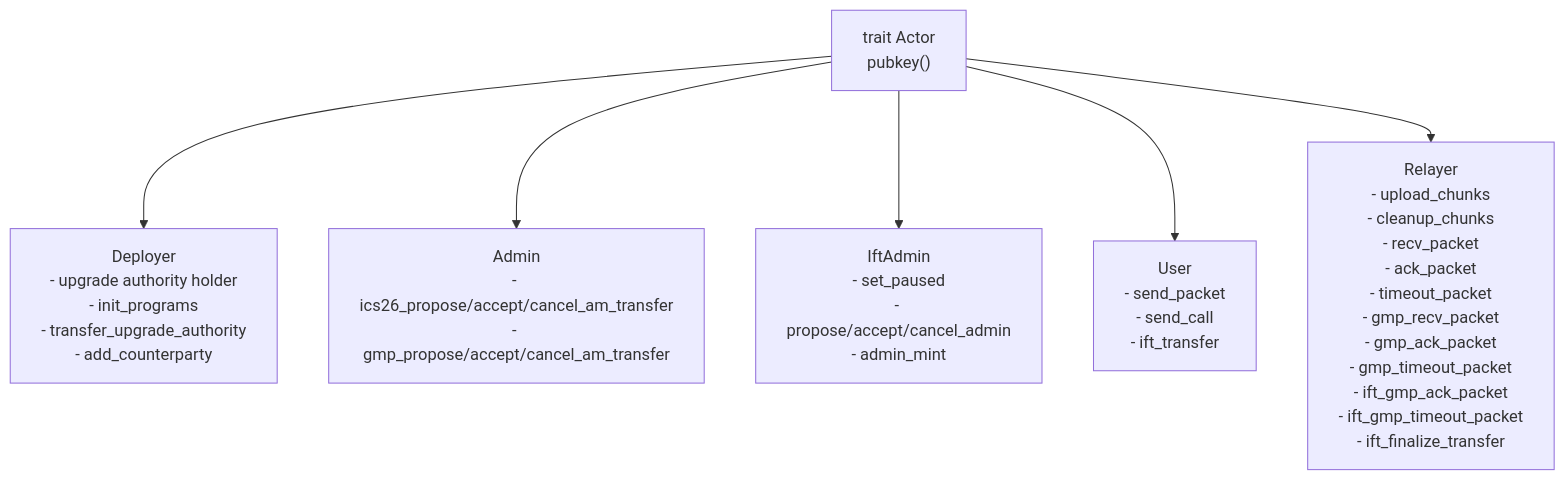
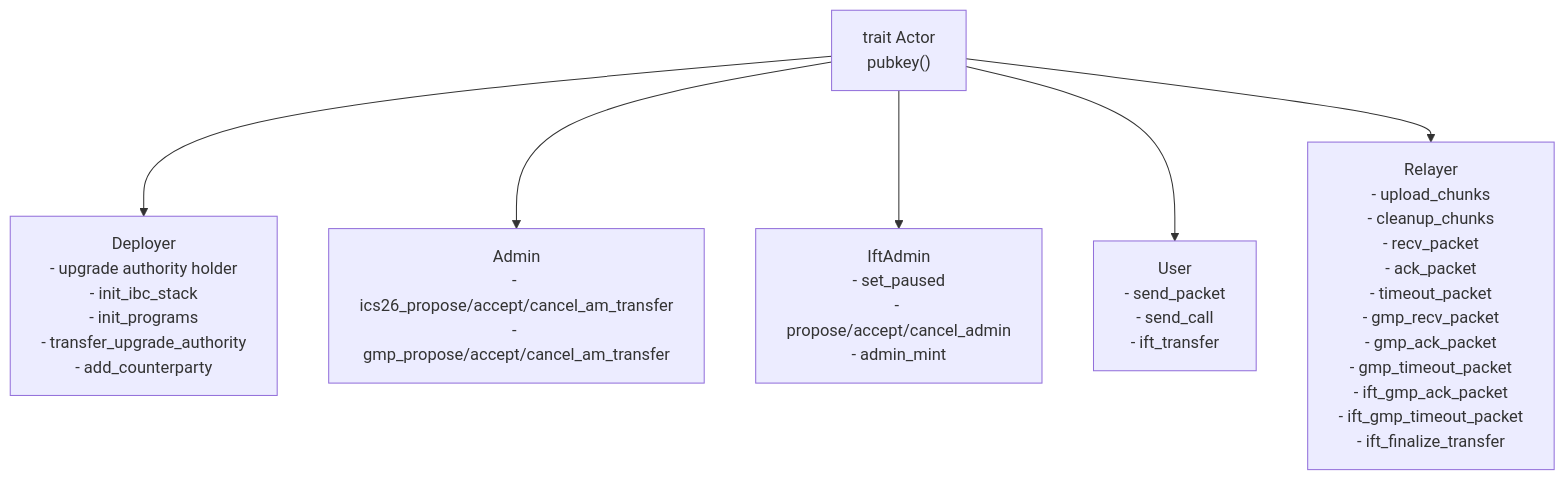
Before and after one commit to cosmos/solidity-ibc-eureka: the third of 8 diagrams in programs/solana/integration-tests/README.md, drawn with Mermaid. The commit also changed other lines of this file and 50 other files, not shown here.

````diff
--- a/programs/solana/integration-tests/README.md
+++ b/programs/solana/integration-tests/README.md
@@ -124,15 +127,15 @@
 ```mermaid
 graph TB
     Actor["trait Actor\npubkey()"]
-    Deployer["Deployer\n- upgrade authority holder\n- init_programs\n- transfer_upgrade_authority\n- add_counterparty"]
+    Deployer["Deployer\n- upgrade authority holder\n- init_ibc_stack\n- init_programs\n- transfer_upgrade_authority\n- add_counterparty"]
     Admin["Admin\n- ics26_propose/accept/cancel_am_transfer\n- gmp_propose/accept/cancel_am_transfer"]
     IftAdmin["IftAdmin\n- set_paused\n- propose/accept/cancel_admin\n- admin_mint"]
     User["User\n- send_packet\n- send_call\n- ift_transfer"]
     Relayer["Relayer\n- upload_chunks\n- cleanup_chunks\n- recv_packet\n- ack_packet\n- timeout_packet\n- gmp_recv_packet\n- gmp_ack_packet\n- gmp_timeout_packet\n- ift_gmp_ack_packet\n- ift_gmp_timeout_packet\n- ift_finalize_transfer"]
 
     Actor --> Deployer
     Actor --> Admin
     Actor --> IftAdmin
     Actor --> User
     Actor --> Relayer
 ```
````
